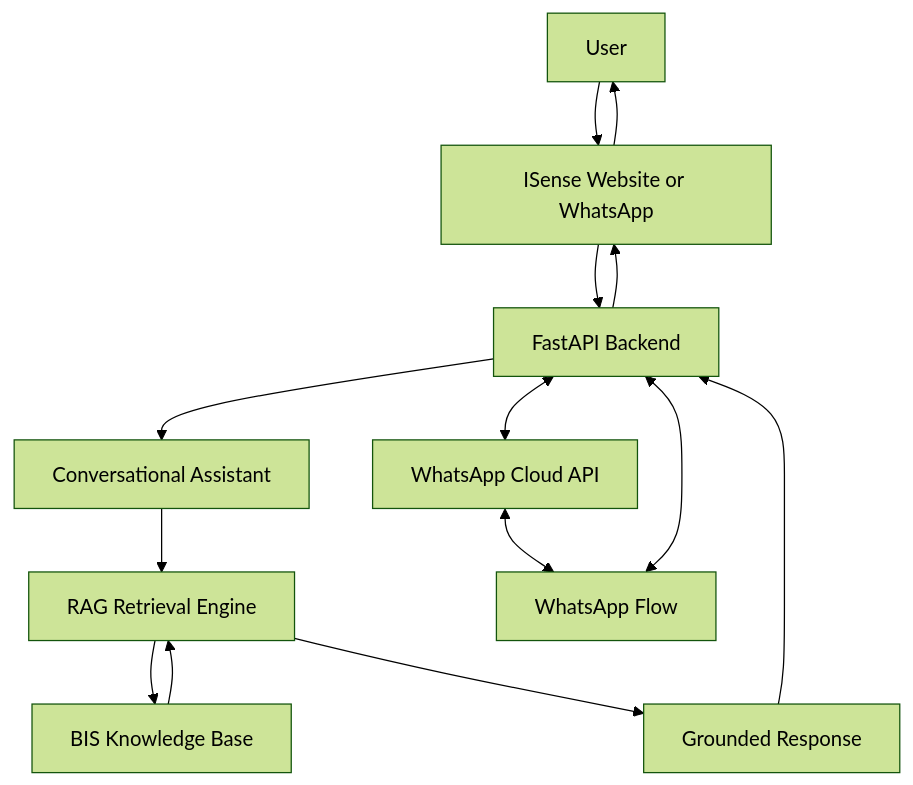
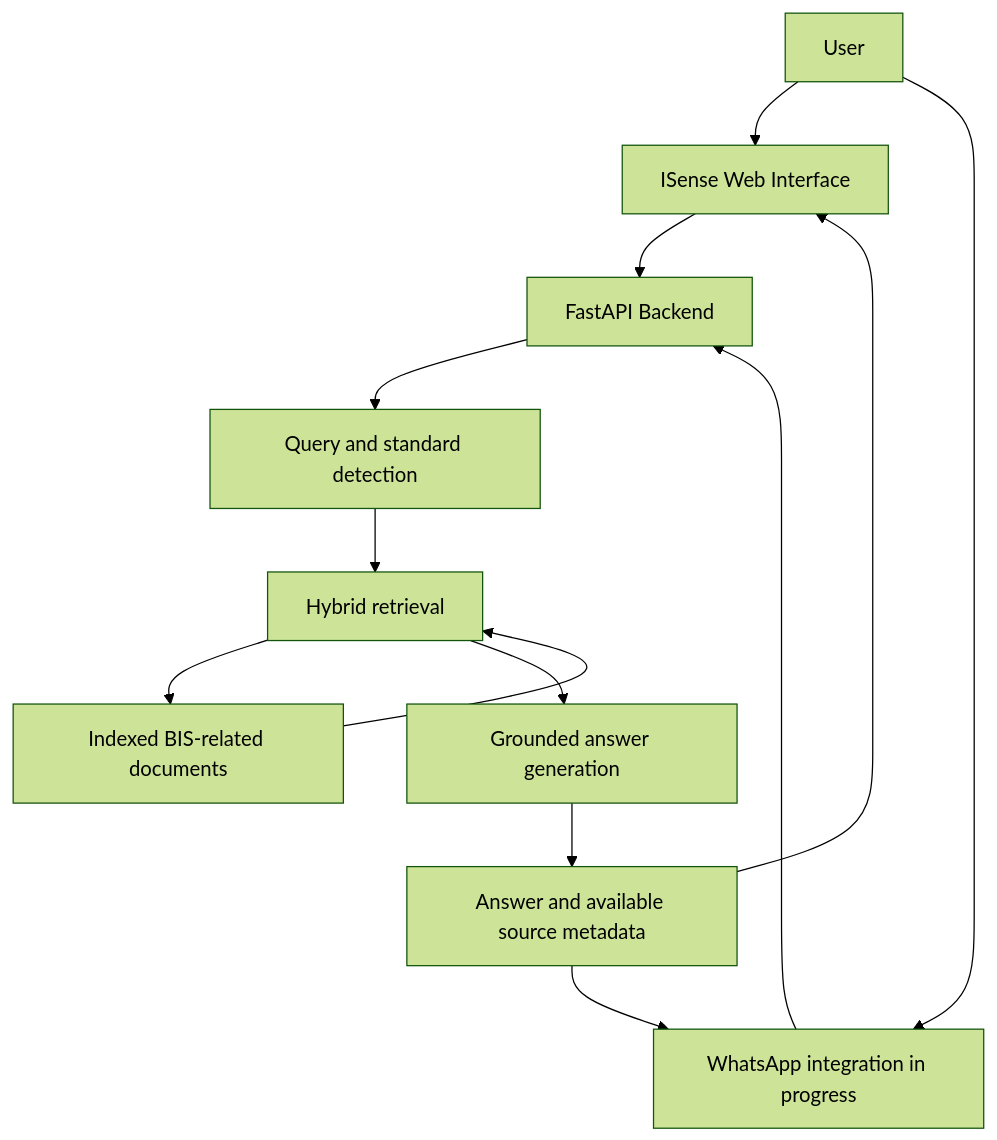
The diagram in README.md (Akashmathiyalagan/ISense), drawn with Mermaid (forest theme) before and after one commit. The commit also changed other lines of this file, not shown here.

````diff
--- a/README.md
+++ b/README.md
@@ -70,16 +55,15 @@
-```mermaid
+~~~mermaid
 flowchart TD
-    A[User] --> B[ISense Website or WhatsApp]
-    B --> C[FastAPI Backend]
-    C --> D[Conversational Assistant]
-    D --> E[RAG Retrieval Engine]
-    E --> F[BIS Knowledge Base]
-    F --> E
-    E --> G[Grounded Response]
-    G --> C
-    C --> B
-    B --> A
-    C <--> H[WhatsApp Cloud API]
-    H <--> I[WhatsApp Flow]
-    I <--> C
-```
+    U[User] --> UI[ISense Web Interface]
+    U --> WA[WhatsApp integration in progress]
+    UI --> API[FastAPI Backend]
+    WA --> API
+    API --> Q[Query and standard detection]
+    Q --> R[Hybrid retrieval]
+    R --> KB[Indexed BIS-related documents]
+    KB --> R
+    R --> G[Grounded answer generation]
+    G --> C[Answer and available source metadata]
+    C --> UI
+    C --> WA
+~~~
````
